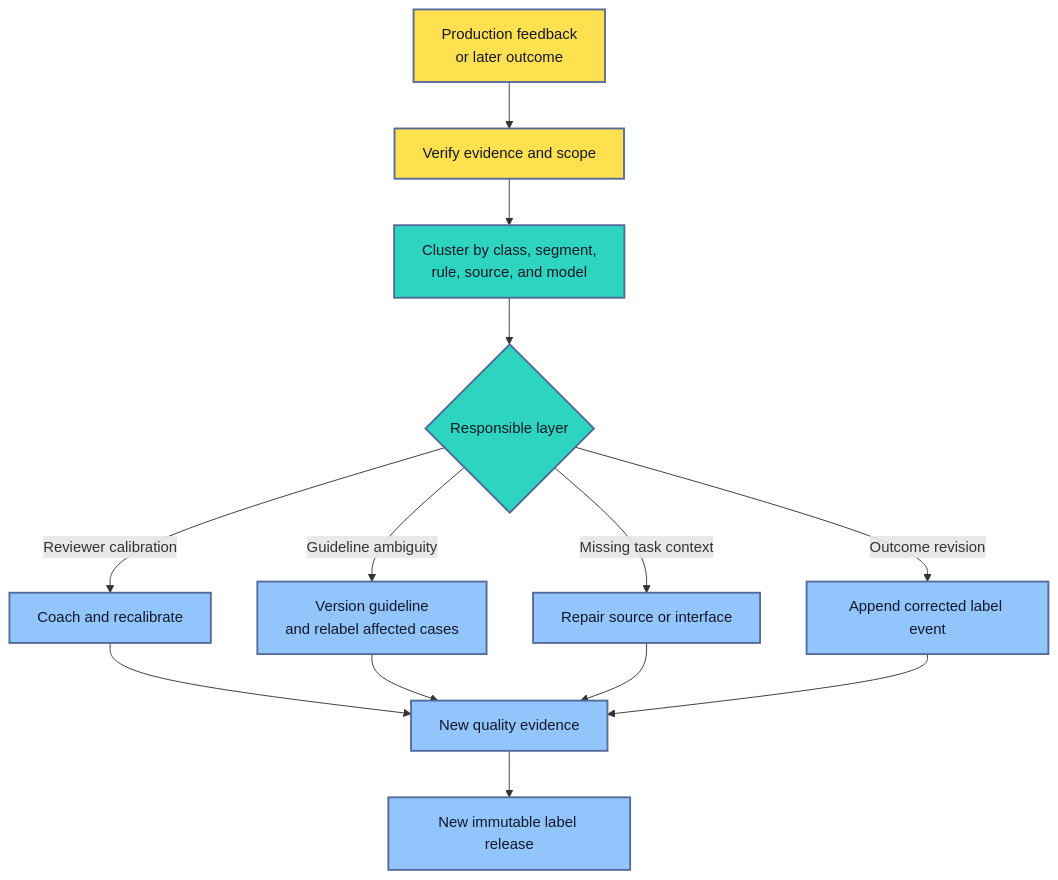
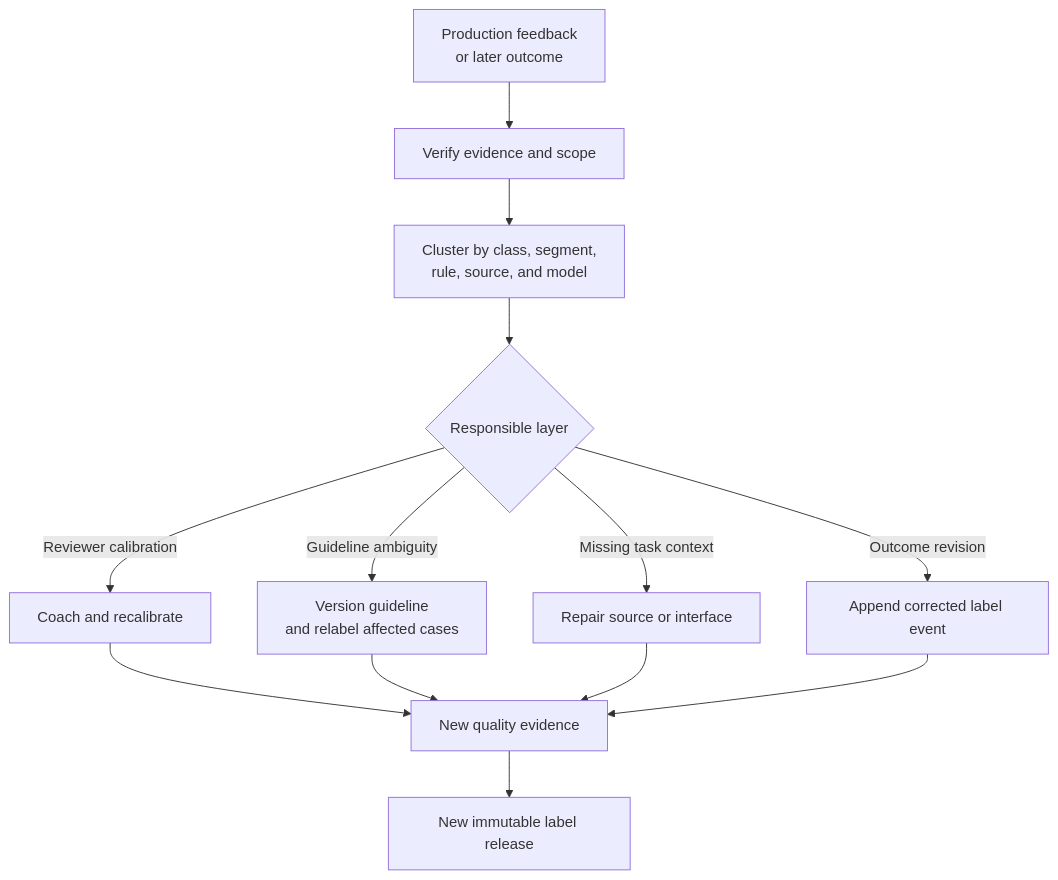
Before and after one commit to senlinyy/dev-roadmaps: the fifth of 5 diagrams in roadmaps/mlops/modules/data-for-ml-systems/training-data-basics/04-label-annotation-quality-and-adjudication.md, drawn with Mermaid. The commit also changed other lines of this file and 152 other files, not shown here.

Commit message:
feat: mlops and diagrams updated

````diff
--- a/roadmaps/mlops/modules/data-for-ml-systems/training-data-basics/04-label-annotation-quality-and-adjudication.md
+++ b/roadmaps/mlops/modules/data-for-ml-systems/training-data-basics/04-label-annotation-quality-and-adjudication.md
@@ -451,22 +441,19 @@
 ```mermaid
 flowchart TD
     F["Production feedback<br/>or later outcome"] --> V["Verify evidence and scope"]
     V --> C["Cluster by class, segment,<br/>rule, source, and model"]
     C --> R{"Responsible layer"}
     R -->|"Reviewer calibration"| K["Coach and recalibrate"]
     R -->|"Guideline ambiguity"| G["Version guideline<br/>and relabel affected cases"]
     R -->|"Missing task context"| I["Repair source or interface"]
     R -->|"Outcome revision"| O["Append corrected label event"]
     K --> N["New quality evidence"]
     G --> N
     I --> N
     O --> N
     N --> L["New immutable label release"]
 
-    classDef yellow fill:#FFE04F,stroke:#536A9A,color:#111827,stroke-width:2px;
-    classDef teal fill:#2DD4BF,stroke:#536A9A,color:#111827,stroke-width:2px;
-    classDef blue fill:#93C5FD,stroke:#536A9A,color:#111827,stroke-width:2px;
     class F,V yellow;
     class C,R teal;
     class K,G,I,O,N,L blue;
 ```
````
